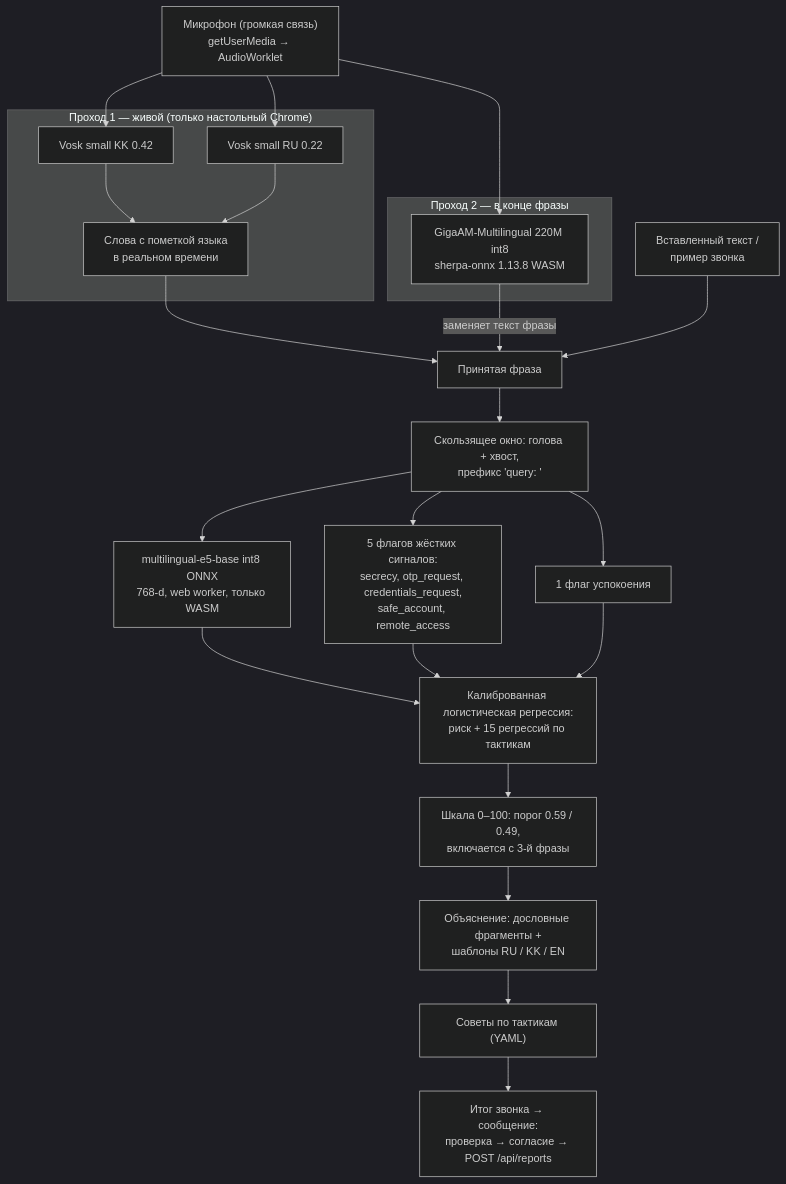
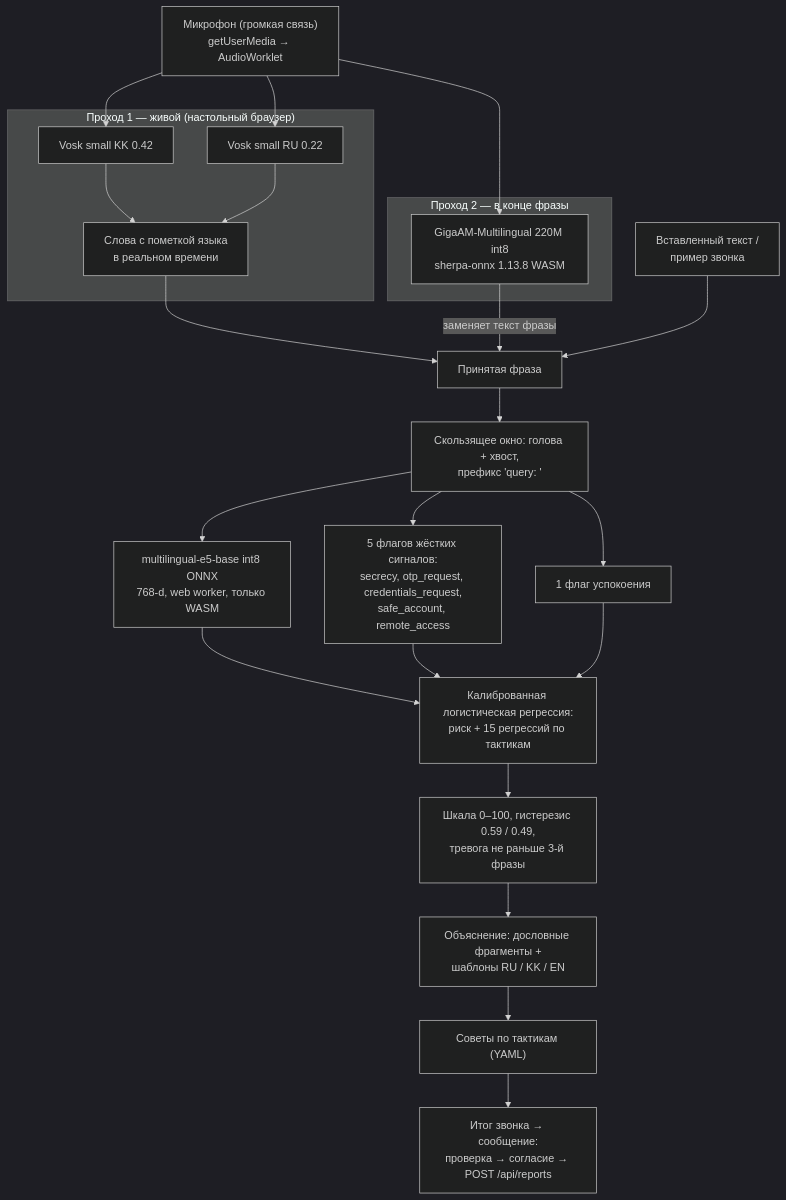
One commit to Ssanzhar/govtech changed the third of 4 diagrams in docs/TECHNICAL.md. Above: the diagram before and after it, drawn with Mermaid (dark theme). The commit also changed other lines of this file and 3 other files, not shown here.

````diff
--- a/docs/TECHNICAL.md
+++ b/docs/TECHNICAL.md
@@ -136,31 +136,31 @@
 ```mermaid
 flowchart TB
   MIC["Микрофон (громкая связь)<br/>getUserMedia → AudioWorklet"]
-  subgraph P1["Проход 1 — живой (только настольный Chrome)"]
+  subgraph P1["Проход 1 — живой (настольный браузер)"]
     VK["Vosk small KK 0.42"]
     VR["Vosk small RU 0.22"]
     VOTE["Слова с пометкой языка<br/>в реальном времени"]
   end
   subgraph P2["Проход 2 — в конце фразы"]
     GA["GigaAM-Multilingual 220M int8<br/>sherpa-onnx 1.13.8 WASM"]
   end
   TXT["Вставленный текст /<br/>пример звонка"]
   UTT["Принятая фраза"]
   WIN["Скользящее окно: голова + хвост,<br/>префикс 'query: '"]
   EMB["multilingual-e5-base int8 ONNX<br/>768-d, web worker, только WASM"]
   CUE["5 флагов жёстких сигналов:<br/>secrecy, otp_request, credentials_request,<br/>safe_account, remote_access"]
   REA["1 флаг успокоения"]
   LR["Калиброванная логистическая регрессия:<br/>риск + 15 регрессий по тактикам"]
-  MET["Шкала 0–100: порог 0.59 / 0.49,<br/>включается с 3-й фразы"]
+  MET["Шкала 0–100, гистерезис 0.59 / 0.49,<br/>тревога не раньше 3-й фразы"]
   EXP["Объяснение: дословные фрагменты +<br/>шаблоны RU / KK / EN"]
   ADV["Советы по тактикам (YAML)"]
   OUT["Итог звонка → сообщение:<br/>проверка → согласие → POST /api/reports"]
 
   MIC --> VK & VR --> VOTE --> UTT
   MIC --> GA -->|"заменяет текст фразы"| UTT
   TXT --> UTT
   UTT --> WIN --> EMB --> LR
   WIN --> CUE --> LR
   WIN --> REA --> LR
   LR --> MET --> EXP --> ADV --> OUT
 ```
````
